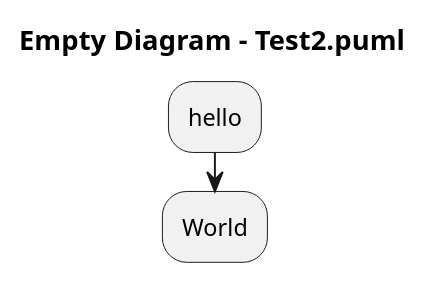
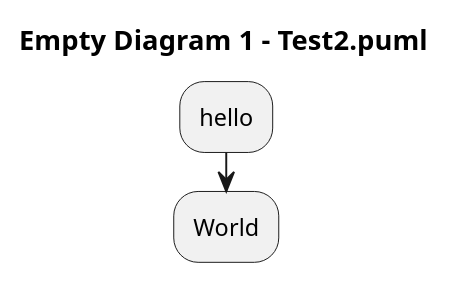
The diagram in Test2.puml (arwenvaughan/test1), drawn with PlantUML before and after one commit.

Commit message:
This commit was initiated from PlantText to edit the file Test2.puml only.

```diff
--- a/Test2.puml
+++ b/Test2.puml
@@ -1,7 +1,7 @@
 @startuml
 
-title Empty Diagram - Test2.puml
+title Empty Diagram 1 - Test2.puml
 :hello;
 :World;
 
 @enduml
```
